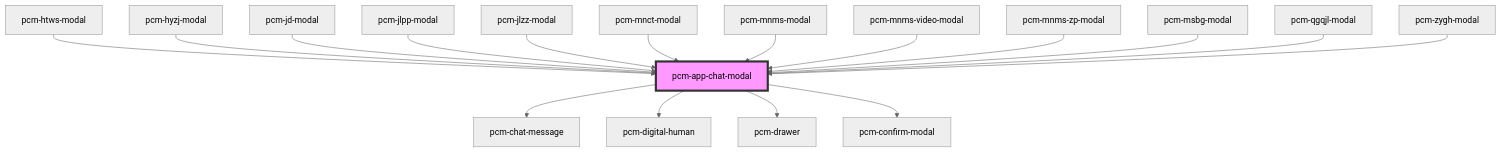
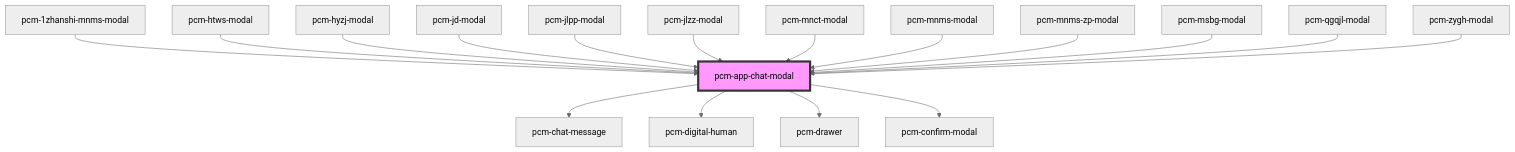
One commit to Pincaimao/pcm-agents-sdk changed the diagram in packages/pcm-agents/docs/components/pcm-app-chat-modal/readme.md. Above: the diagram before and after it, drawn with Mermaid (neutral theme). The commit also changed other lines of this file and 20 other files, not shown here.

````diff
--- a/packages/pcm-agents/docs/components/pcm-app-chat-modal/readme.md
+++ b/packages/pcm-agents/docs/components/pcm-app-chat-modal/readme.md
@@ -75,20 +77,20 @@
 ```mermaid
 graph TD;
   pcm-app-chat-modal --> pcm-chat-message
   pcm-app-chat-modal --> pcm-digital-human
   pcm-app-chat-modal --> pcm-drawer
   pcm-app-chat-modal --> pcm-confirm-modal
+  pcm-1zhanshi-mnms-modal --> pcm-app-chat-modal
   pcm-htws-modal --> pcm-app-chat-modal
   pcm-hyzj-modal --> pcm-app-chat-modal
   pcm-jd-modal --> pcm-app-chat-modal
   pcm-jlpp-modal --> pcm-app-chat-modal
   pcm-jlzz-modal --> pcm-app-chat-modal
   pcm-mnct-modal --> pcm-app-chat-modal
   pcm-mnms-modal --> pcm-app-chat-modal
-  pcm-mnms-video-modal --> pcm-app-chat-modal
   pcm-mnms-zp-modal --> pcm-app-chat-modal
   pcm-msbg-modal --> pcm-app-chat-modal
   pcm-qgqjl-modal --> pcm-app-chat-modal
   pcm-zygh-modal --> pcm-app-chat-modal
   style pcm-app-chat-modal fill:#f9f,stroke:#333,stroke-width:4px
 ```
````
